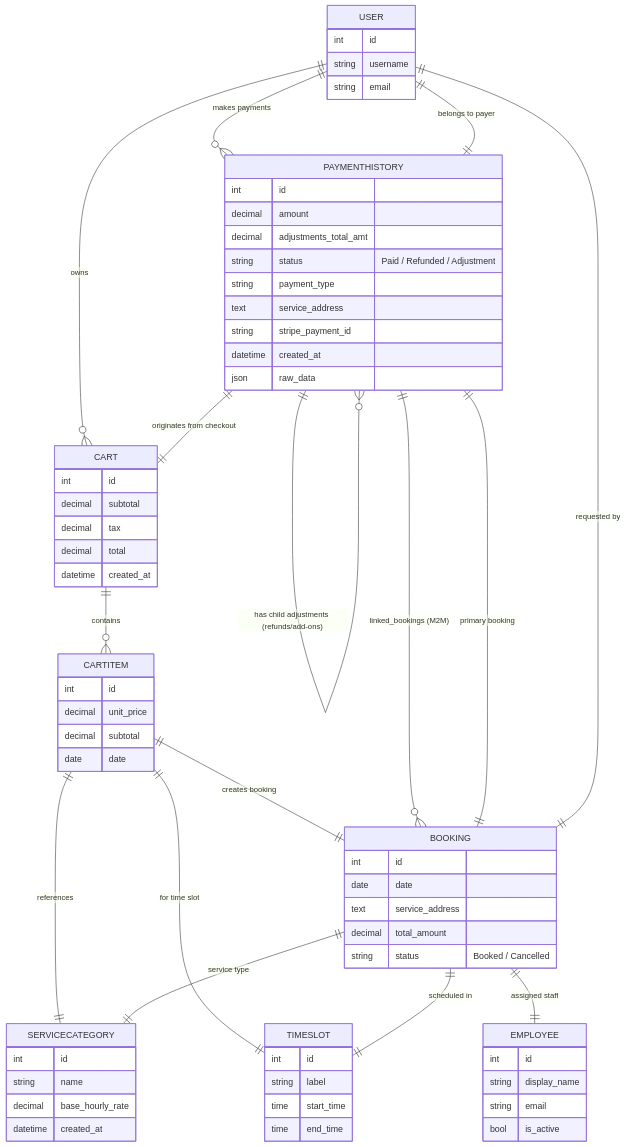
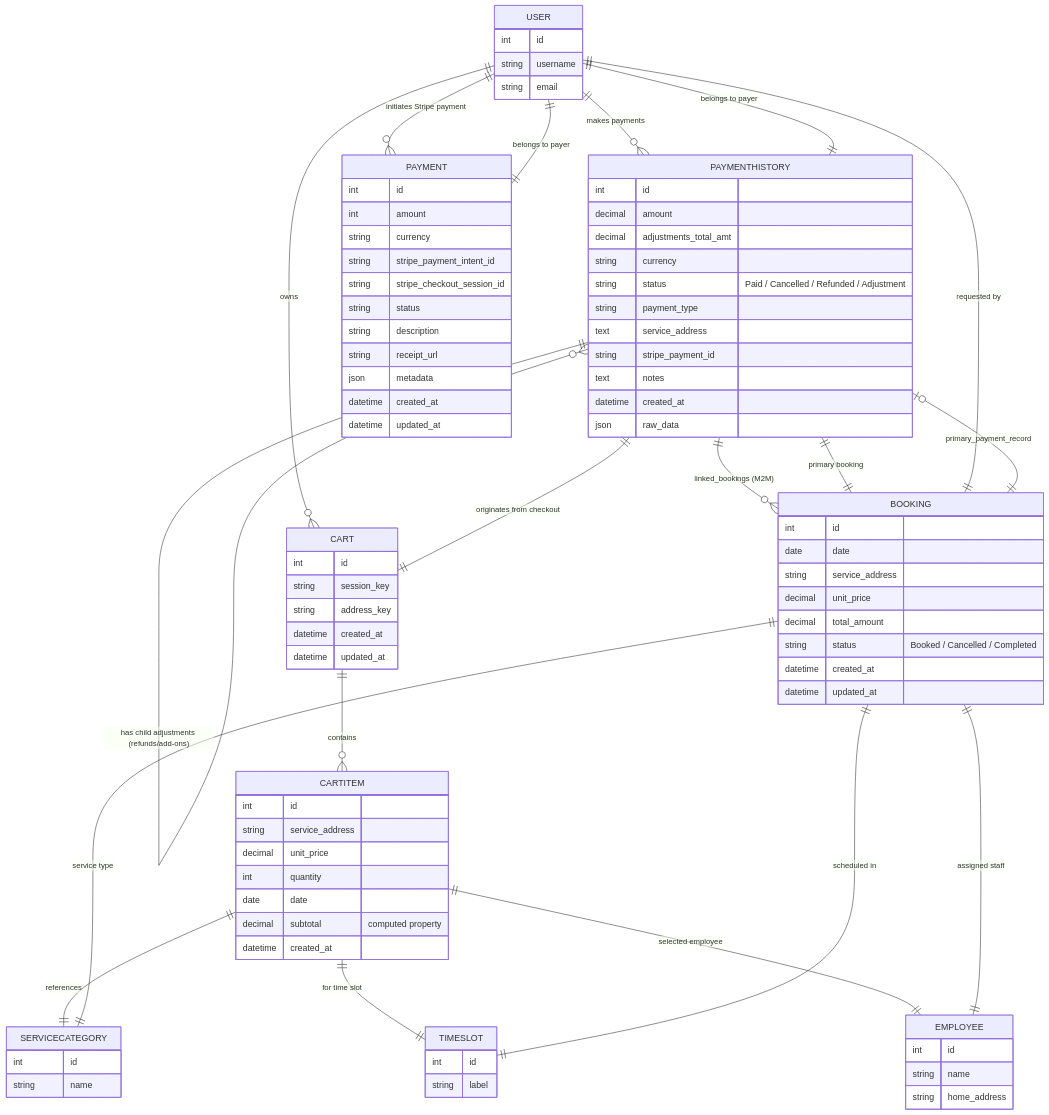
One commit to Pacman0126/tucker-and-dales-home-services changed the second of 5 diagrams in README.md. Above: the diagram before and after it, drawn with Mermaid. The commit also changed other lines of this file, not shown here.

````diff
--- a/README.md
+++ b/README.md
@@ -293,11 +307,14 @@
 
     USER ||--o{ CART : "owns"
     CART ||--o{ CARTITEM : "contains"
+
     CARTITEM ||--|| SERVICECATEGORY : "references"
     CARTITEM ||--|| TIMESLOT : "for time slot"
-    CARTITEM ||--|| BOOKING : "creates booking"
+    CARTITEM ||--|| EMPLOYEE : "selected employee"
 
     USER ||--o{ PAYMENTHISTORY : "makes payments"
+    USER ||--o{ PAYMENT : "initiates Stripe payment"
+
     PAYMENTHISTORY ||--o{ PAYMENTHISTORY : "has child adjustments (refunds/add-ons)"
     PAYMENTHISTORY ||--o{ BOOKING : "linked_bookings (M2M)"
     PAYMENTHISTORY ||--|| BOOKING : "primary booking"
@@ -308,6 +325,9 @@
     BOOKING ||--|| SERVICECATEGORY : "service type"
     BOOKING ||--|| TIMESLOT : "scheduled in"
     BOOKING ||--|| EMPLOYEE : "assigned staff"
+    BOOKING ||--o| PAYMENTHISTORY : "primary_payment_record"
+
+    PAYMENT ||--|| USER : "belongs to payer"
 
     %% =========================
     %% ENTITY DEFINITIONS
@@ -322,63 +342,80 @@
     SERVICECATEGORY {
       int id
       string name
-      decimal base_hourly_rate
-      datetime created_at
     }
 
     TIMESLOT {
       int id
       string label
-      time start_time
-      time end_time
     }
 
     EMPLOYEE {
       int id
-      string display_name
-      string email
-      bool is_active
+      string name
+      string home_address
     }
 
     BOOKING {
       int id
       date date
-      text service_address
+      string service_address
+      decimal unit_price
       decimal total_amount
-      string status "Booked / Cancelled"
+      string status "Booked / Cancelled / Completed"
+      datetime created_at
+      datetime updated_at
     }
 
     CART {
       int id
-      decimal subtotal
-      decimal tax
-      decimal total
+      string session_key
+      string address_key
       datetime created_at
+      datetime updated_at
     }
 
     CARTITEM {
       int id
+      string service_address
       decimal unit_price
-      decimal subtotal
+      int quantity
       date date
+      decimal subtotal "computed property"
+      datetime created_at
     }
 
     PAYMENTHISTORY {
       int id
       decimal amount
       decimal adjustments_total_amt
-      string status "Paid / Refunded / Adjustment"
+      string currency
+      string status "Paid / Cancelled / Refunded / Adjustment"
       string payment_type
       text service_address
       string stripe_payment_id
+      text notes
       datetime created_at
       json raw_data
+    }
+
+    PAYMENT {
+      int id
+      int amount
+      string currency
+      string stripe_payment_intent_id
+      string stripe_checkout_session_id
+      string status
+      string description
+      string receipt_url
+      json metadata
+      datetime created_at
+      datetime updated_at
     }
 
     %% =========================
     %% LOGIC FLOW NOTES
     %% =========================
-    %% Primary flow: CART → PAYMENTHISTORY → BOOKING
-    %% Refunds and adjustments are modeled as child PAYMENTHISTORY entries
-    %% linked via parent_id, allowing multi-stage invoices & partial refunds.
+    %% Primary flow: CART -> PAYMENTHISTORY -> BOOKING
+    %% Refunds and adjustments are child PAYMENTHISTORY entries linked by parent_id
+    %% Stripe transaction storage is separated into PAYMENT
 ```
````
